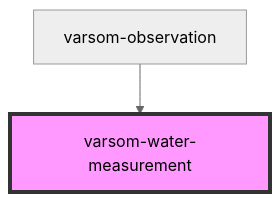
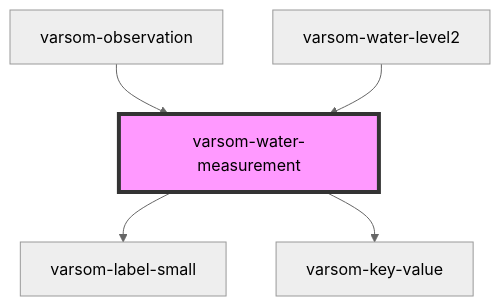
One commit to NVE/varsom-observation changed the diagram in observasjonskort/src/components/varsom-water-measurement/readme.md. Above: the diagram before and after it, drawn with Mermaid (neutral theme). The commit also changed other lines of this file and 10 other files, not shown here.

Commit message:
updated water measurement and waterlevel 2 components

````diff
--- a/observasjonskort/src/components/varsom-water-measurement/readme.md
+++ b/observasjonskort/src/components/varsom-water-measurement/readme.md
@@ -25,5 +31,8 @@
 ```mermaid
 graph TD;
+  varsom-water-measurement --> varsom-label-small
+  varsom-water-measurement --> varsom-key-value
   varsom-observation --> varsom-water-measurement
+  varsom-water-level2 --> varsom-water-measurement
   style varsom-water-measurement fill:#f9f,stroke:#333,stroke-width:4px
 ```
````
